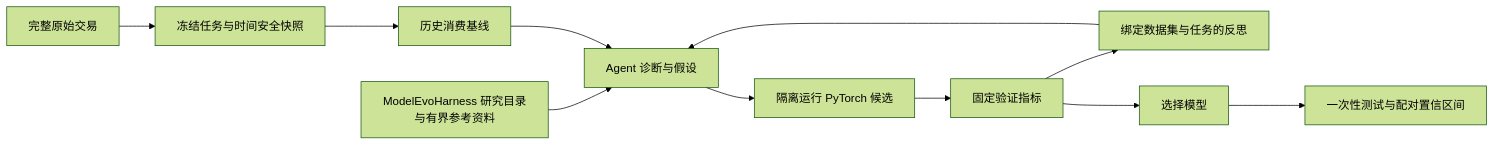
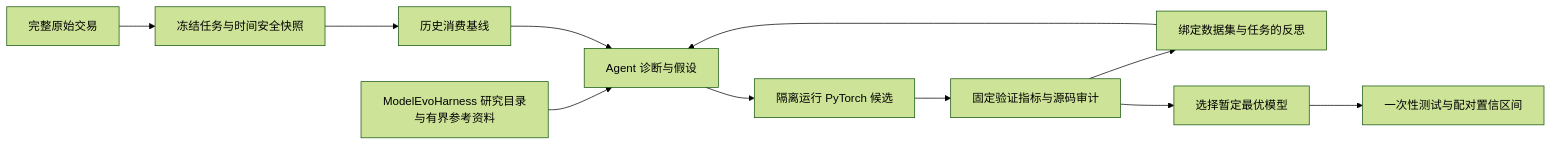
Before and after one commit to CharlesXu-HQ/LTVEvo: the diagram in README.zh-CN.md, drawn with Mermaid (forest theme). The commit also changed other lines of this file and 11 other files, not shown here.

````diff
--- a/README.zh-CN.md
+++ b/README.zh-CN.md
@@ -15,13 +15,13 @@
 ```mermaid
 flowchart LR
     A[完整原始交易] --> B[冻结任务与时间安全快照]
     B --> C[历史消费基线]
     M[ModelEvoHarness 研究目录与有界参考资料] --> D[Agent 诊断与假设]
     C --> D
     D --> E[隔离运行 PyTorch 候选]
-    E --> F[固定验证指标]
+    E --> F[固定验证指标与源码审计]
     F --> G[绑定数据集与任务的反思]
     G --> D
-    F --> H[选择模型]
+    F --> H[选择暂定最优模型]
     H --> I[一次性测试与配对置信区间]
 ```
````
